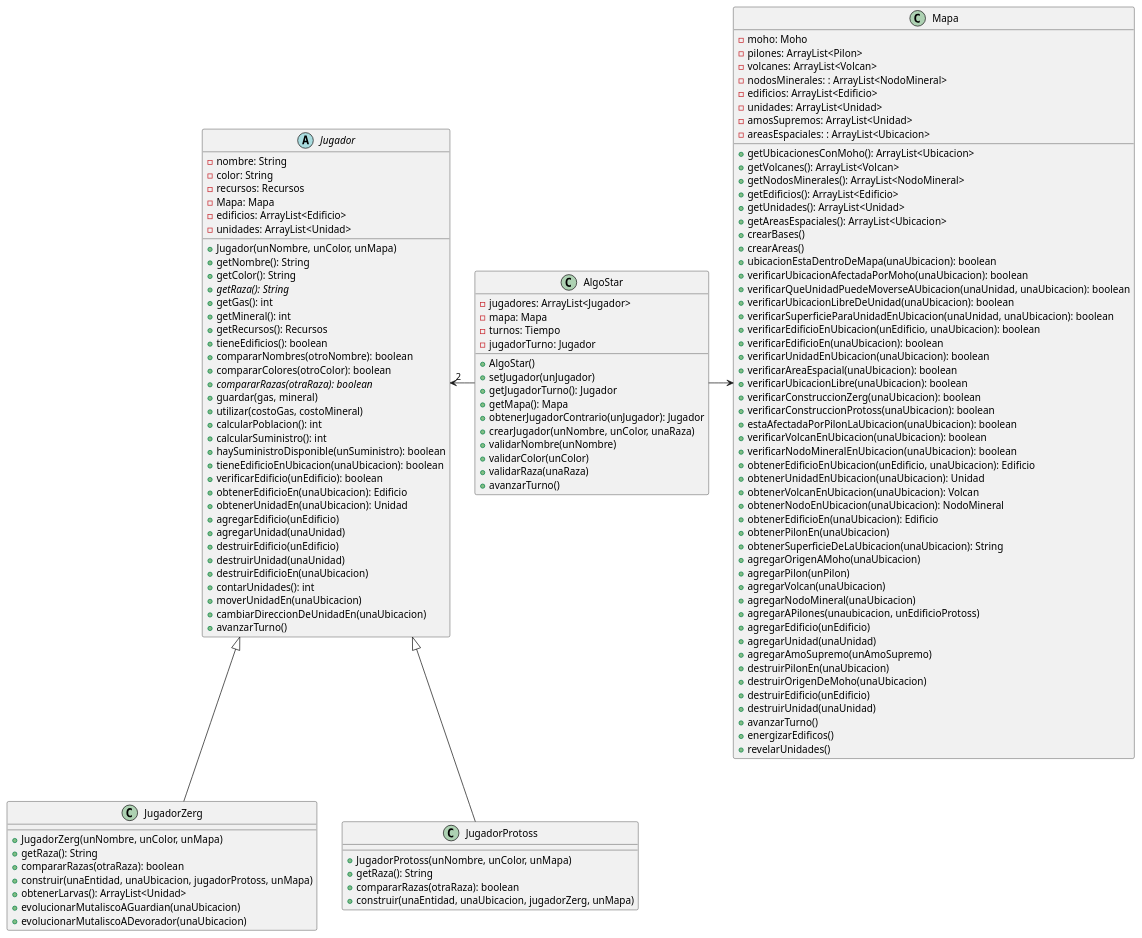
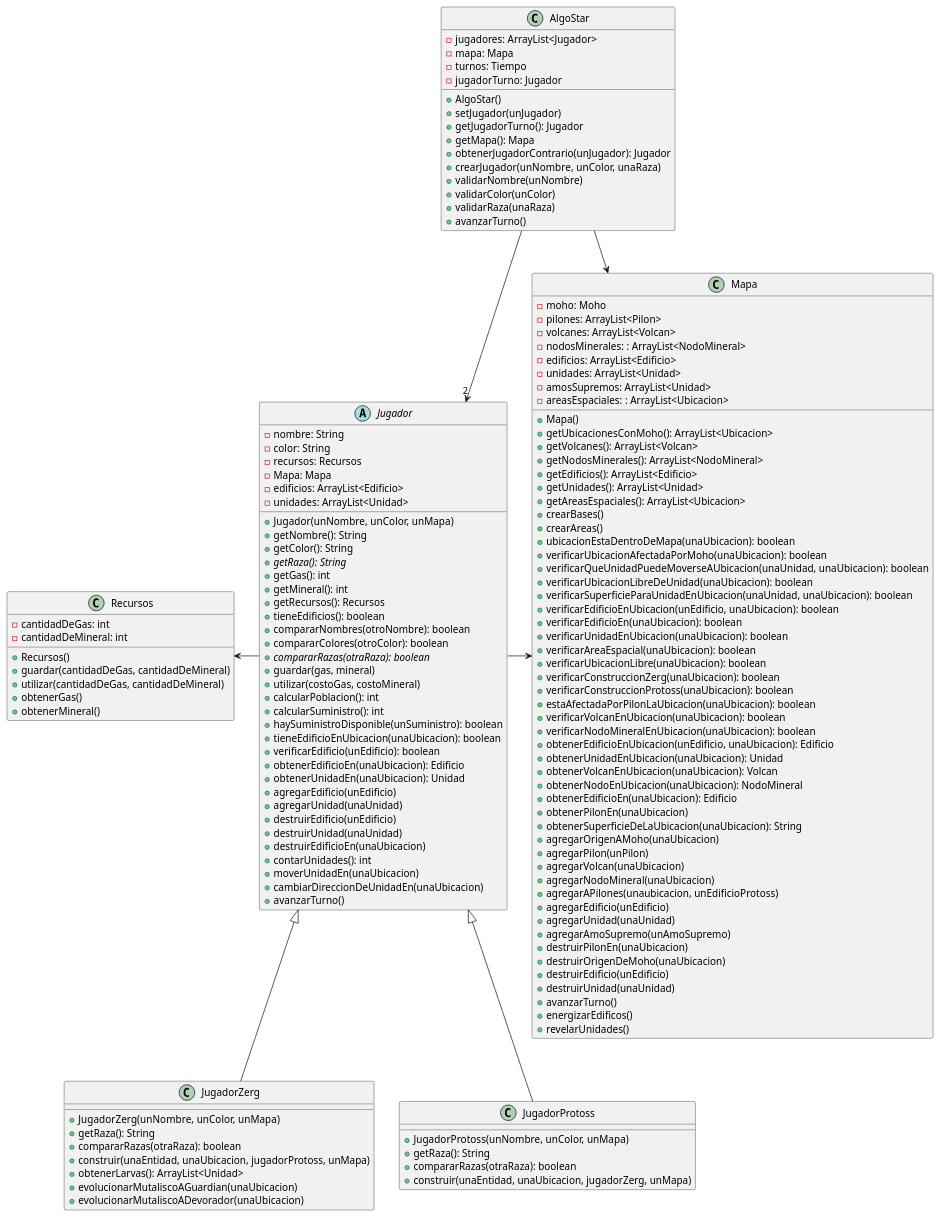
The diagram in diagrams/classes/Diagramas definitivos/AlgoStar.puml (joeldevel/algo3_tp_2), drawn with PlantUML before and after one commit. The commit also changed 12 other files, not shown here.

Commit message:
Diagrama de clases: AlgoStar

```diff
--- a/diagrams/classes/Diagramas definitivos/AlgoStar.puml
+++ b/diagrams/classes/Diagramas definitivos/AlgoStar.puml
@@ -1,138 +1,151 @@
 @startuml
 
 class AlgoStar{
     -jugadores: ArrayList<Jugador>
     -mapa: Mapa
     -turnos: Tiempo
     -jugadorTurno: Jugador
     +AlgoStar()
     +setJugador(unJugador)
     +getJugadorTurno(): Jugador
     +getMapa(): Mapa
     +obtenerJugadorContrario(unJugador): Jugador
     +crearJugador(unNombre, unColor, unaRaza)
     +validarNombre(unNombre)
     +validarColor(unColor)
     +validarRaza(unaRaza)
     +avanzarTurno()
 
 }
 
 abstract class Jugador {
     -nombre: String
     -color: String
     -recursos: Recursos
     -Mapa: Mapa
     -edificios: ArrayList<Edificio>
     -unidades: ArrayList<Unidad>
     +Jugador(unNombre, unColor, unMapa)
     +getNombre(): String
     +getColor(): String
     +{abstract} getRaza(): String
     +getGas(): int
     +getMineral(): int
     +getRecursos(): Recursos
     +tieneEdificios(): boolean
     +compararNombres(otroNombre): boolean
     +compararColores(otroColor): boolean
     +{abstract} compararRazas(otraRaza): boolean
     +guardar(gas, mineral)
     +utilizar(costoGas, costoMineral)
     +calcularPoblacion(): int
     +calcularSuministro(): int
     +haySuministroDisponible(unSuministro): boolean
     +tieneEdificioEnUbicacion(unaUbicacion): boolean
     +verificarEdificio(unEdificio): boolean
     +obtenerEdificioEn(unaUbicacion): Edificio
     +obtenerUnidadEn(unaUbicacion): Unidad
     +agregarEdificio(unEdificio)
     +agregarUnidad(unaUnidad)
     +destruirEdificio(unEdificio)
     +destruirUnidad(unaUnidad)
     +destruirEdificioEn(unaUbicacion)
     +contarUnidades(): int
     +moverUnidadEn(unaUbicacion)
     +cambiarDireccionDeUnidadEn(unaUbicacion)
     +avanzarTurno()
 }
 
 class JugadorZerg {
     +JugadorZerg(unNombre, unColor, unMapa)
     +getRaza(): String
     +compararRazas(otraRaza): boolean
     +construir(unaEntidad, unaUbicacion, jugadorProtoss, unMapa)
     +obtenerLarvas(): ArrayList<Unidad>
     +evolucionarMutaliscoAGuardian(unaUbicacion)
     +evolucionarMutaliscoADevorador(unaUbicacion)
 }
 
 class JugadorProtoss {
     +JugadorProtoss(unNombre, unColor, unMapa)
     +getRaza(): String
     +compararRazas(otraRaza): boolean
     +construir(unaEntidad, unaUbicacion, jugadorZerg, unMapa)
 }
 
 class Mapa{
     -moho: Moho
     -pilones: ArrayList<Pilon>
     -volcanes: ArrayList<Volcan>
     -nodosMinerales: : ArrayList<NodoMineral>
     -edificios: ArrayList<Edificio>
     -unidades: ArrayList<Unidad>
     -amosSupremos: ArrayList<Unidad>
     -areasEspaciales: : ArrayList<Ubicacion>
+    +Mapa()
     +getUbicacionesConMoho(): ArrayList<Ubicacion>
     +getVolcanes(): ArrayList<Volcan>
     +getNodosMinerales(): ArrayList<NodoMineral>
     +getEdificios(): ArrayList<Edificio>
     +getUnidades(): ArrayList<Unidad>
     +getAreasEspaciales(): ArrayList<Ubicacion>
     +crearBases()
     +crearAreas()
     +ubicacionEstaDentroDeMapa(unaUbicacion): boolean
     +verificarUbicacionAfectadaPorMoho(unaUbicacion): boolean
     +verificarQueUnidadPuedeMoverseAUbicacion(unaUnidad, unaUbicacion): boolean
     +verificarUbicacionLibreDeUnidad(unaUbicacion): boolean
     +verificarSuperficieParaUnidadEnUbicacion(unaUnidad, unaUbicacion): boolean
     +verificarEdificioEnUbicacion(unEdificio, unaUbicacion): boolean
     +verificarEdificioEn(unaUbicacion): boolean
     +verificarUnidadEnUbicacion(unaUbicacion): boolean
     +verificarAreaEspacial(unaUbicacion): boolean
     +verificarUbicacionLibre(unaUbicacion): boolean
     +verificarConstruccionZerg(unaUbicacion): boolean
     +verificarConstruccionProtoss(unaUbicacion): boolean
     +estaAfectadaPorPilonLaUbicacion(unaUbicacion): boolean
     +verificarVolcanEnUbicacion(unaUbicacion): boolean
     +verificarNodoMineralEnUbicacion(unaUbicacion): boolean
     +obtenerEdificioEnUbicacion(unEdificio, unaUbicacion): Edificio
     +obtenerUnidadEnUbicacion(unaUbicacion): Unidad
     +obtenerVolcanEnUbicacion(unaUbicacion): Volcan
     +obtenerNodoEnUbicacion(unaUbicacion): NodoMineral
     +obtenerEdificioEn(unaUbicacion): Edificio
     +obtenerPilonEn(unaUbicacion)
     +obtenerSuperficieDeLaUbicacion(unaUbicacion): String
     +agregarOrigenAMoho(unaUbicacion)
     +agregarPilon(unPilon)
     +agregarVolcan(unaUbicacion)
     +agregarNodoMineral(unaUbicacion)
     +agregarAPilones(unaubicacion, unEdificioProtoss)
     +agregarEdificio(unEdificio)
     +agregarUnidad(unaUnidad)
     +agregarAmoSupremo(unAmoSupremo)
     +destruirPilonEn(unaUbicacion)
     +destruirOrigenDeMoho(unaUbicacion)
     +destruirEdificio(unEdificio)
     +destruirUnidad(unaUnidad)
     +avanzarTurno()
     +energizarEdificos()
     +revelarUnidades()
 }
 
-AlgoStar  -left-> "2" Jugador
+class Recursos {
+    -cantidadDeGas: int
+    -cantidadDeMineral: int
+    +Recursos()
+    +guardar(cantidadDeGas, cantidadDeMineral)
+    +utilizar(cantidadDeGas, cantidadDeMineral)
+    +obtenerGas()
+    +obtenerMineral()
+}
+
+AlgoStar  -down-> "2" Jugador
 AlgoStar -right-> Mapa
 
+Jugador -> Mapa
+Jugador -left-> Recursos
 JugadorProtoss -up-|> Jugador
 JugadorZerg -up-|> Jugador
 
 @enduml
```
